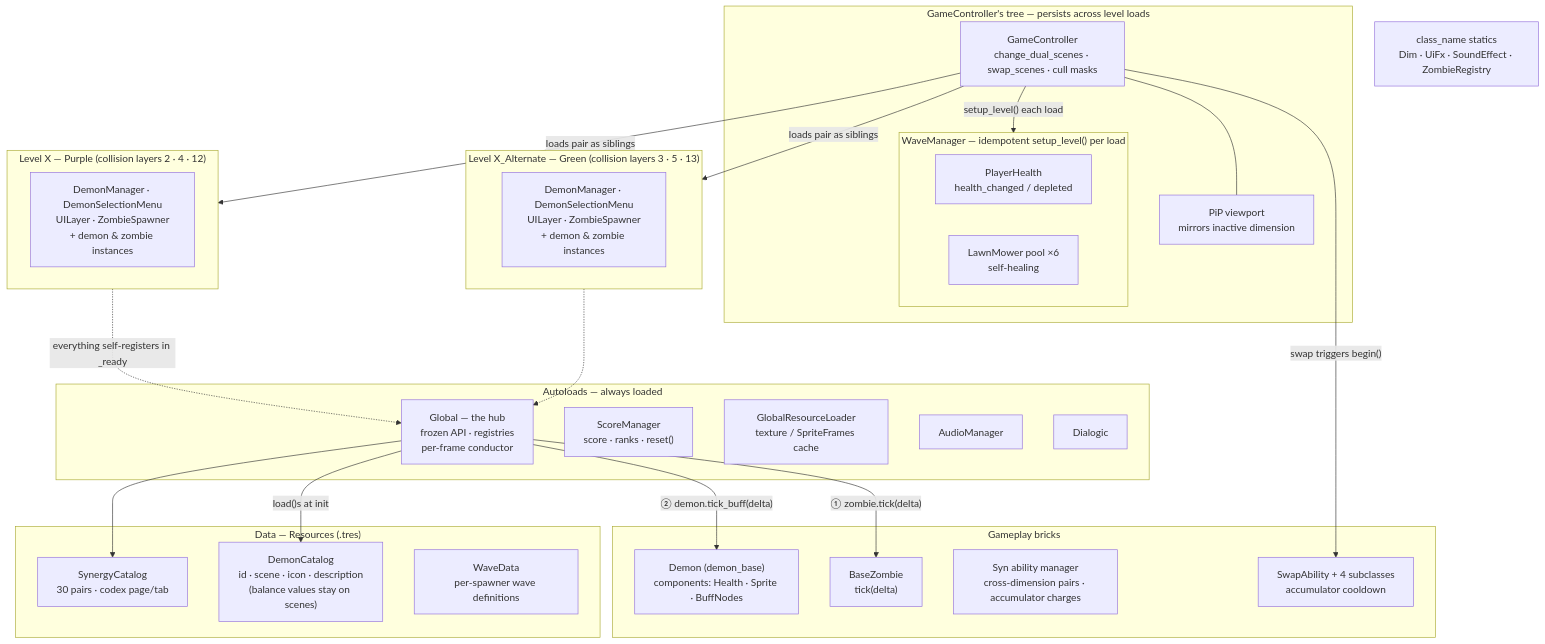
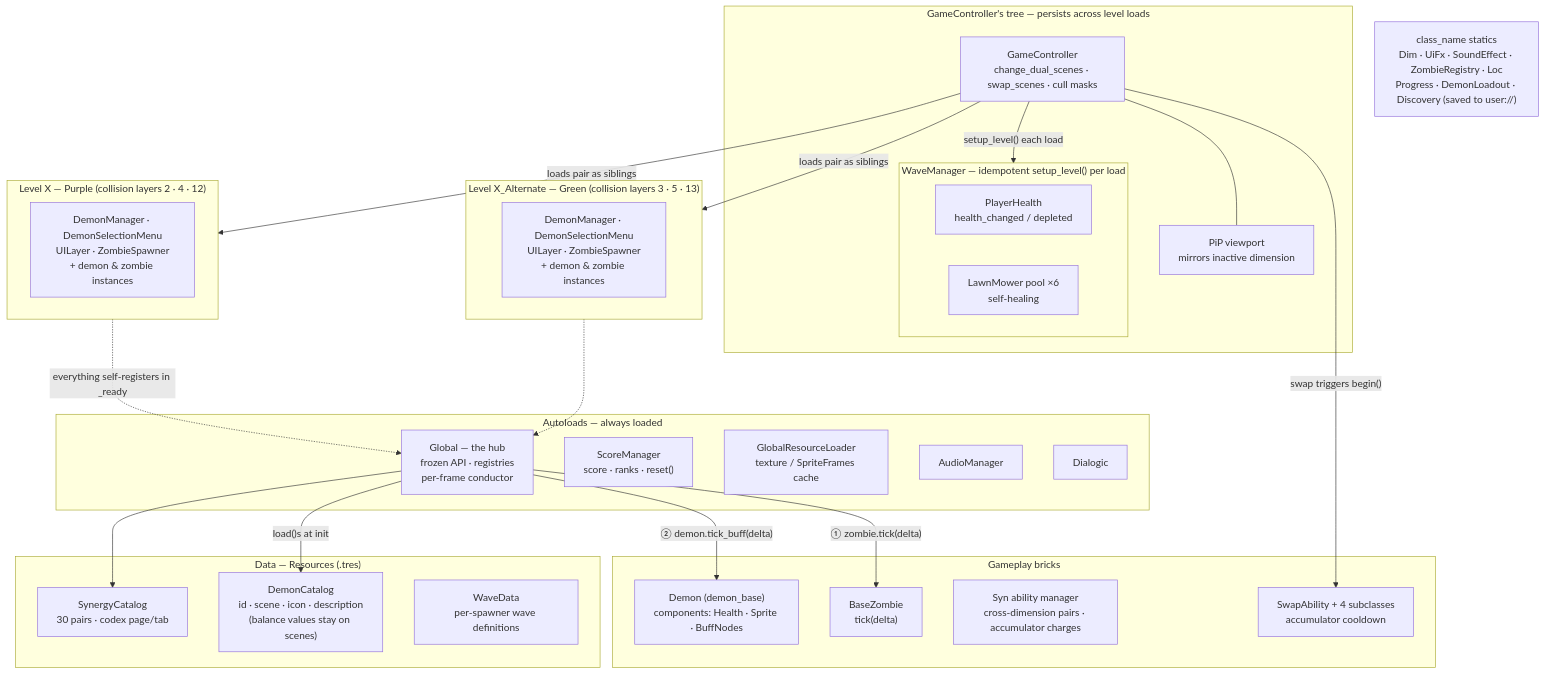
One commit to Jason117K/EyeOfSin changed the diagram in README.md. Above: the diagram before and after it, drawn with Mermaid. The commit also changed other lines of this file and 54 other files, not shown here.

````diff
--- a/README.md
+++ b/README.md
@@ -9,53 +9,53 @@
 ```mermaid
 flowchart TD
 	subgraph AUTOLOADS["Autoloads — always loaded"]
 		GLOBAL["Global — the hub<br/>frozen API · registries<br/>per-frame conductor"]
 		SCORE["ScoreManager<br/>score · ranks · reset()"]
 		GRL["GlobalResourceLoader<br/>texture / SpriteFrames cache"]
 		AUDIO["AudioManager"]
 		DIALOGIC["Dialogic"]
 	end
 
-	STATICS["class_name statics<br/>Dim · UiFx · SoundEffect · ZombieRegistry"]
+	STATICS["class_name statics<br/>Dim · UiFx · SoundEffect · ZombieRegistry · Loc<br/>Progress · DemonLoadout · Discovery (saved to user://)"]
 
 	subgraph TREE["GameController's tree — persists across level loads"]
 		GC["GameController<br/>change_dual_scenes · swap_scenes · cull masks"]
 		PIP["PiP viewport<br/>mirrors inactive dimension"]
 		subgraph WM["WaveManager — idempotent setup_level() per load"]
 			PH["PlayerHealth<br/>health_changed / depleted"]
 			MOWERS["LawnMower pool ×6<br/>self-healing"]
 		end
 	end
 
 	subgraph PURPLE["Level X — Purple (collision layers 2 · 4 · 12)"]
 		PKIDS["DemonManager · DemonSelectionMenu<br/>UILayer · ZombieSpawner<br/>+ demon &amp; zombie instances"]
 	end
 	subgraph GREEN["Level X_Alternate — Green (collision layers 3 · 5 · 13)"]
 		GKIDS["DemonManager · DemonSelectionMenu<br/>UILayer · ZombieSpawner<br/>+ demon &amp; zombie instances"]
 	end
 
 	subgraph BRICKS["Gameplay bricks"]
 		DEMON["Demon (demon_base)<br/>components: Health · Sprite · BuffNodes"]
 		ZOMBIE["BaseZombie<br/>tick(delta)"]
 		SYN["Syn ability manager<br/>cross-dimension pairs · accumulator charges"]
 		SWAP["SwapAbility + 4 subclasses<br/>accumulator cooldown"]
 	end
 
 	subgraph DATA["Data — Resources (.tres)"]
 		SYNCAT["SynergyCatalog<br/>30 pairs · codex page/tab"]
 		DEMCAT["DemonCatalog<br/>id · scene · icon · description<br/>(balance values stay on scenes)"]
 		WDATA["WaveData<br/>per-spawner wave definitions"]
 	end
 
 	GC -->|"loads pair as siblings"| PURPLE
 	GC -->|"loads pair as siblings"| GREEN
 	GC -->|"setup_level() each load"| WM
 	GC --- PIP
 	GC -->|"swap triggers begin()"| SWAP
 	GLOBAL -->|"① zombie.tick(delta)"| ZOMBIE
 	GLOBAL -->|"② demon.tick_buff(delta)"| DEMON
 	PURPLE -. "everything self-registers in _ready" .-> GLOBAL
 	GREEN -.-> GLOBAL
 	GLOBAL -->|"load()s at init"| DEMCAT
 	GLOBAL --> SYNCAT
 ```
````
